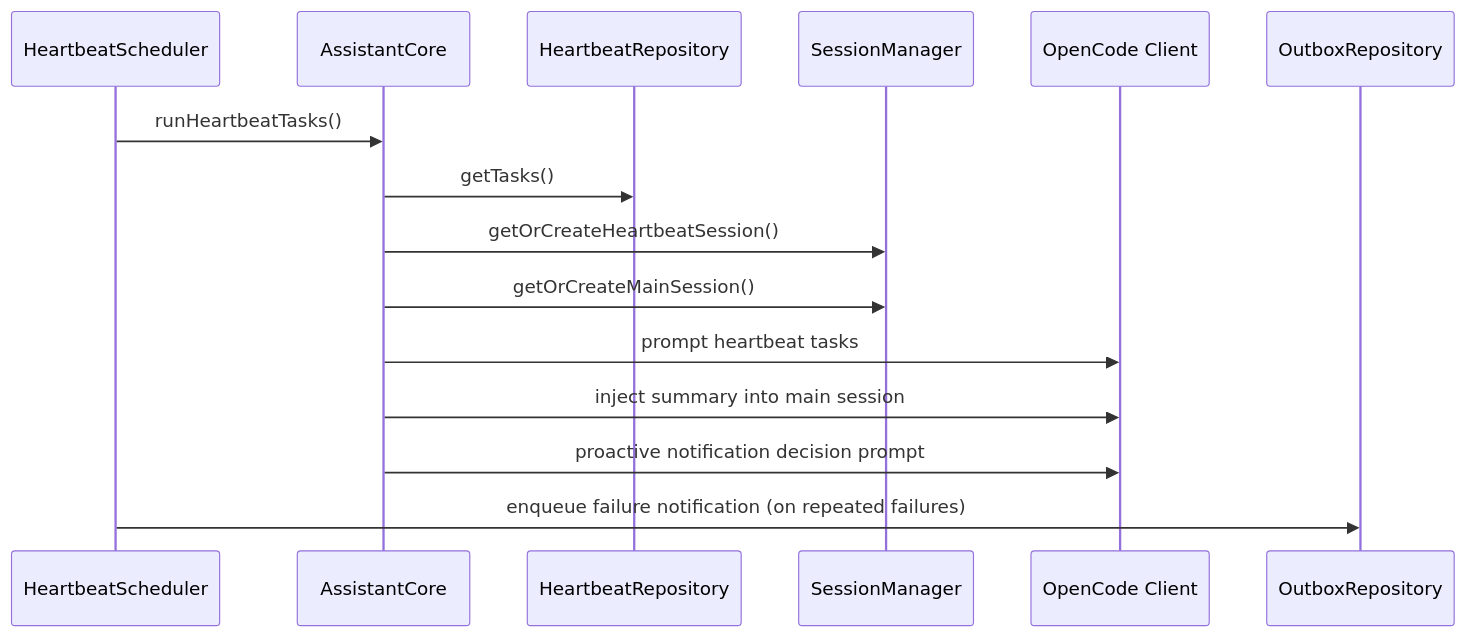
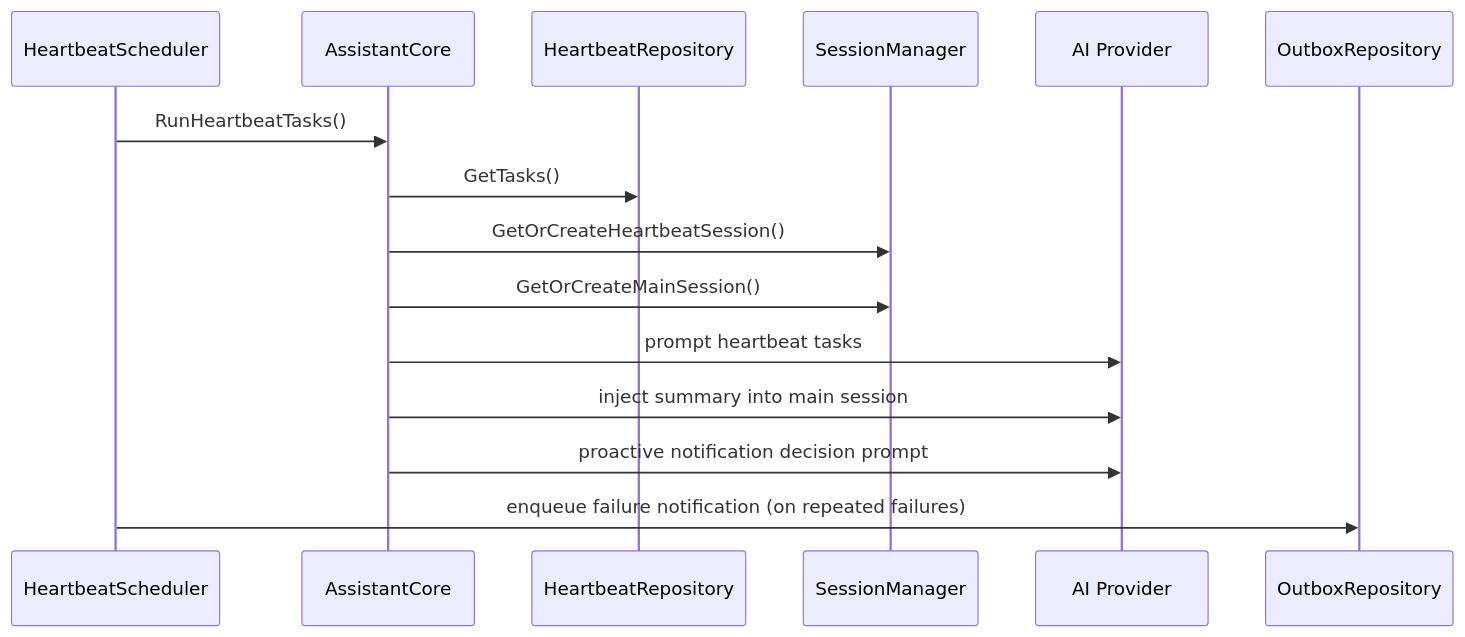
One commit to alexradunet/pocketbrain changed the fourth of 5 diagrams in docs/architecture/coding-architecture.md. Above: the diagram before and after it, drawn with Mermaid. The commit also changed other lines of this file and 29 other files, not shown here.

````diff
--- a/docs/architecture/coding-architecture.md
+++ b/docs/architecture/coding-architecture.md
@@ -88,18 +89,18 @@
 ```mermaid
 sequenceDiagram
   participant HS as HeartbeatScheduler
   participant AC as AssistantCore
   participant HR as HeartbeatRepository
   participant SM as SessionManager
-  participant OC as OpenCode Client
+  participant AI as AI Provider
   participant OR as OutboxRepository
 
-  HS->>AC: runHeartbeatTasks()
-  AC->>HR: getTasks()
-  AC->>SM: getOrCreateHeartbeatSession()
-  AC->>SM: getOrCreateMainSession()
-  AC->>OC: prompt heartbeat tasks
-  AC->>OC: inject summary into main session
-  AC->>OC: proactive notification decision prompt
+  HS->>AC: RunHeartbeatTasks()
+  AC->>HR: GetTasks()
+  AC->>SM: GetOrCreateHeartbeatSession()
+  AC->>SM: GetOrCreateMainSession()
+  AC->>AI: prompt heartbeat tasks
+  AC->>AI: inject summary into main session
+  AC->>AI: proactive notification decision prompt
   HS->>OR: enqueue failure notification (on repeated failures)
 ```
````
